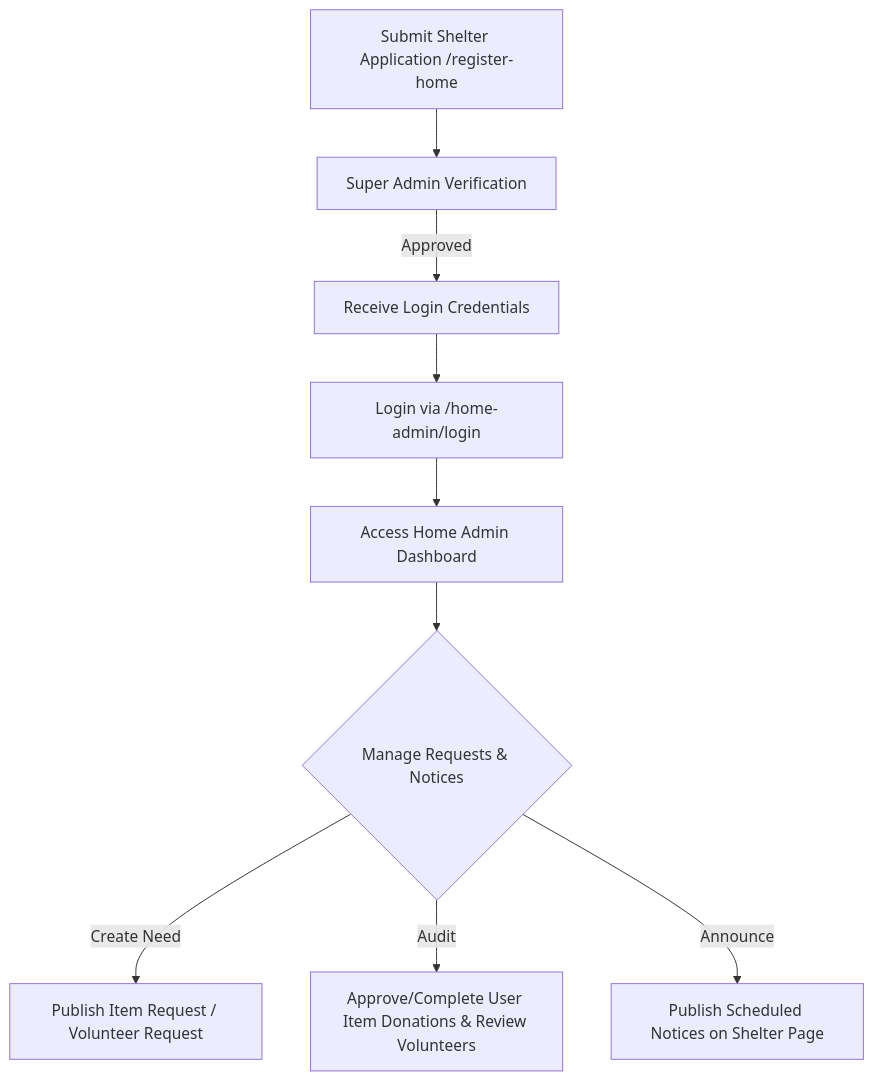
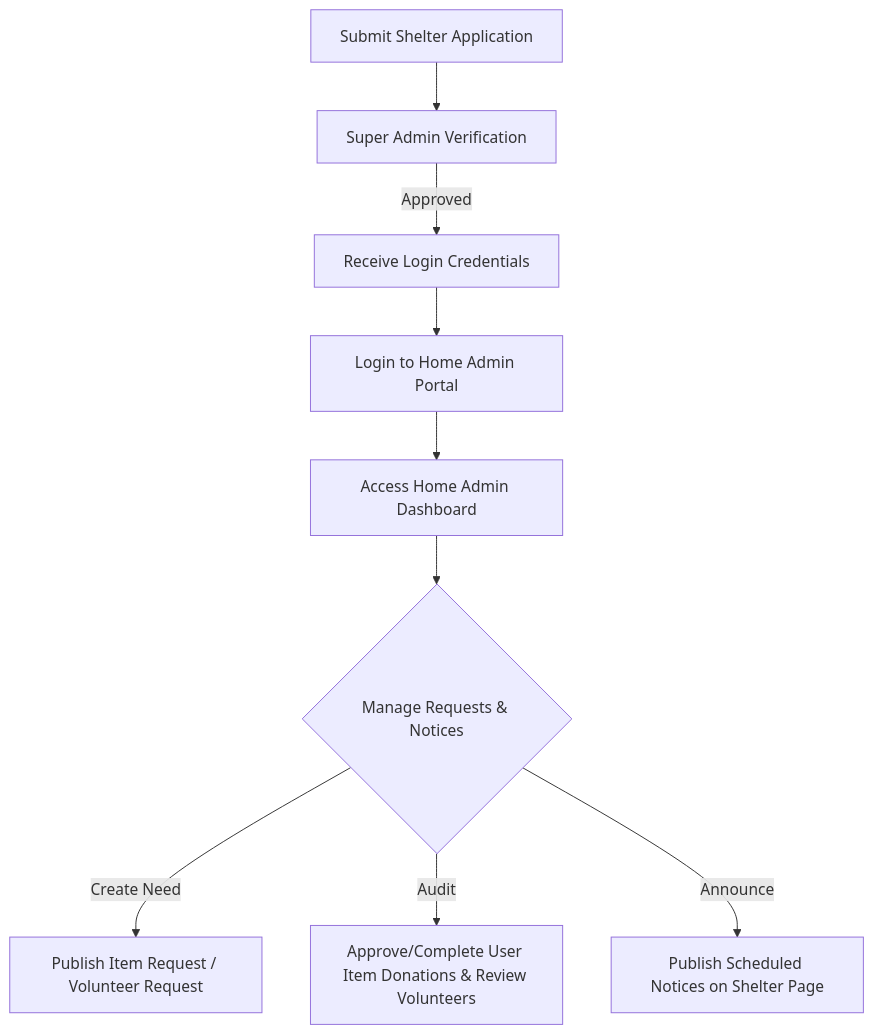
The second of 4 diagrams in README.md (HemangDubey/CareConnect), drawn with Mermaid before and after one commit. The commit also changed other lines of this file, not shown here.

````diff
--- a/README.md
+++ b/README.md
@@ -57,11 +59,11 @@
 ```mermaid
 graph TD
-    A[Submit Shelter Application /register-home] --> B[Super Admin Verification]
+    A[Submit Shelter Application] --> B[Super Admin Verification]
     B -- Approved --> C[Receive Login Credentials]
-    C --> D[Login via /home-admin/login]
+    C --> D[Login to Home Admin Portal]
     D --> E[Access Home Admin Dashboard]
     E --> F{Manage Requests & Notices}
     F -->|Create Need| G[Publish Item Request / Volunteer Request]
     F -->|Audit| H[Approve/Complete User Item Donations & Review Volunteers]
     F -->|Announce| I[Publish Scheduled Notices on Shelter Page]
 ```
````
